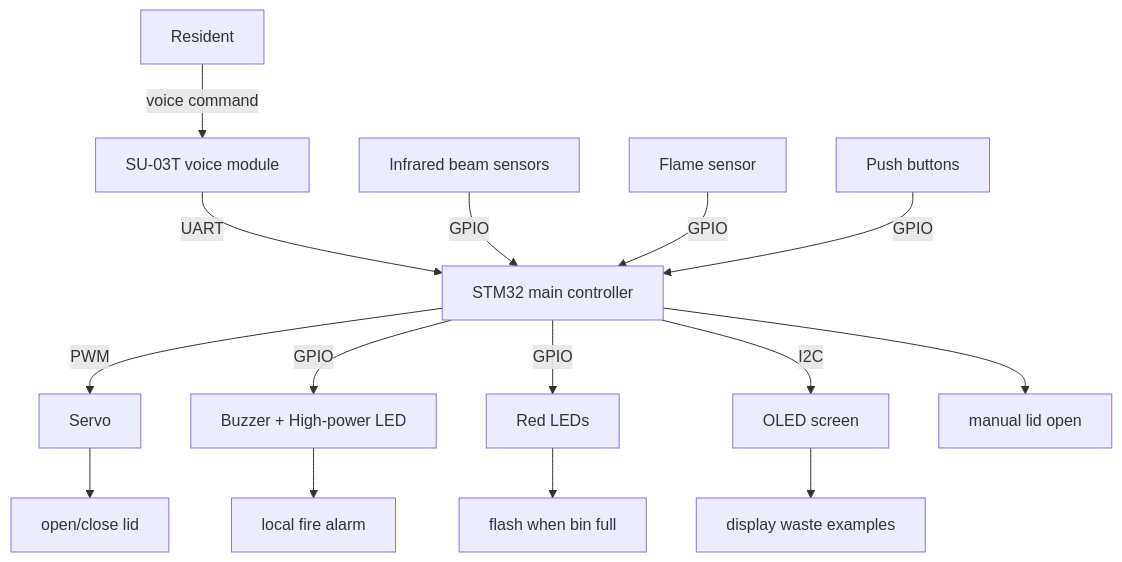
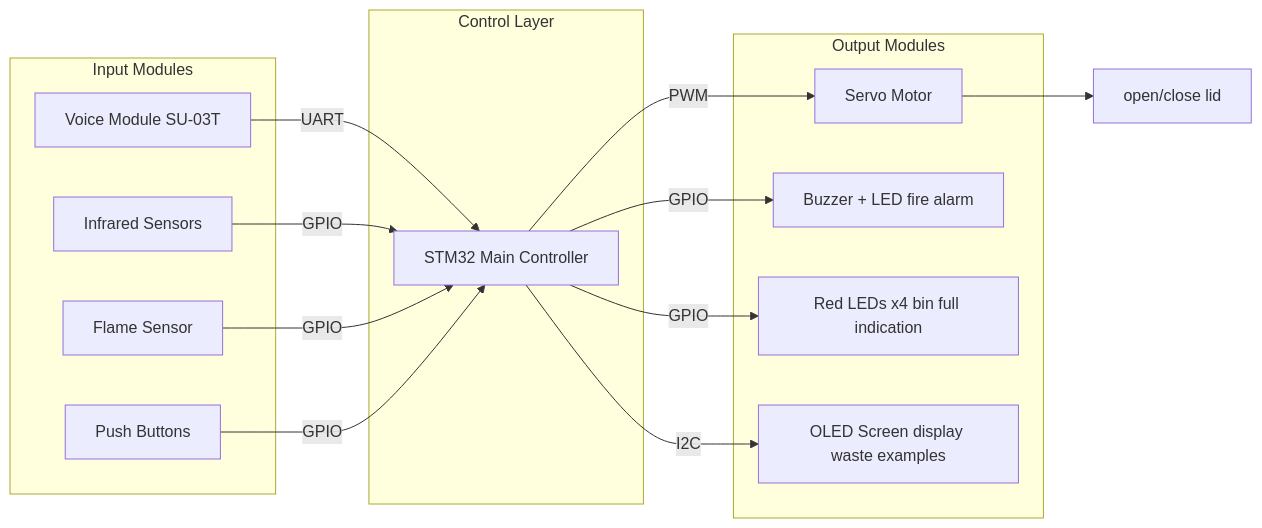
Before and after one commit to yiroMi/ENT208_group18: the diagram in technology_choice.md, drawn with Mermaid.

Commit message:
technology_choice.md

````diff
--- a/technology_choice.md
+++ b/technology_choice.md
@@ -6,22 +6,32 @@
 ```mermaid
-flowchart TD
-    Resident[Resident] -->|voice command| Voice[SU-03T voice module]
-    Voice -->|UART| STM32[STM32 main controller]
+flowchart LR
+    subgraph Input["Input Modules"]
+        Voice[Voice Module SU-03T]
+        IR[Infrared Sensors]
+        Flame[Flame Sensor]
+        Buttons[Push Buttons]
+    end
 
-    IR[Infrared beam sensors] -->|GPIO| STM32
-    STM32 -->|PWM| Servo[Servo]
+    subgraph Control["Control Layer"]
+        STM32[STM32 Main Controller]
+    end
+
+    subgraph Output["Output Modules"]
+        Servo[Servo Motor]
+        Alarm[Buzzer + LED fire alarm]
+        LEDs[Red LEDs x4 bin full indication]
+        OLED[OLED Screen display waste examples]
+    end
+
+    Voice -->|UART| STM32
+    IR -->|GPIO| STM32
+    Flame -->|GPIO| STM32
+    Buttons -->|GPIO| STM32
+
+    STM32 -->|PWM| Servo
     Servo --> Lid[open/close lid]
 
-    Flame[Flame sensor] -->|GPIO| STM32
-    STM32 -->|GPIO| Alarm[Buzzer + High-power LED]
-    Alarm --> FireAlarm[local fire alarm]
-
-    STM32 -->|GPIO| RedLEDs[Red LEDs]
-    RedLEDs --> Flash[flash when bin full]
-
-    STM32 -->|I2C| OLED[OLED screen]
-    OLED --> Display[display waste examples]
-
-    Buttons[Push buttons] -->|GPIO| STM32
-    STM32 --> Manual[manual lid open]
+    STM32 -->|GPIO| Alarm
+    STM32 -->|GPIO| LEDs
+    STM32 -->|I2C| OLED
 ```
````
